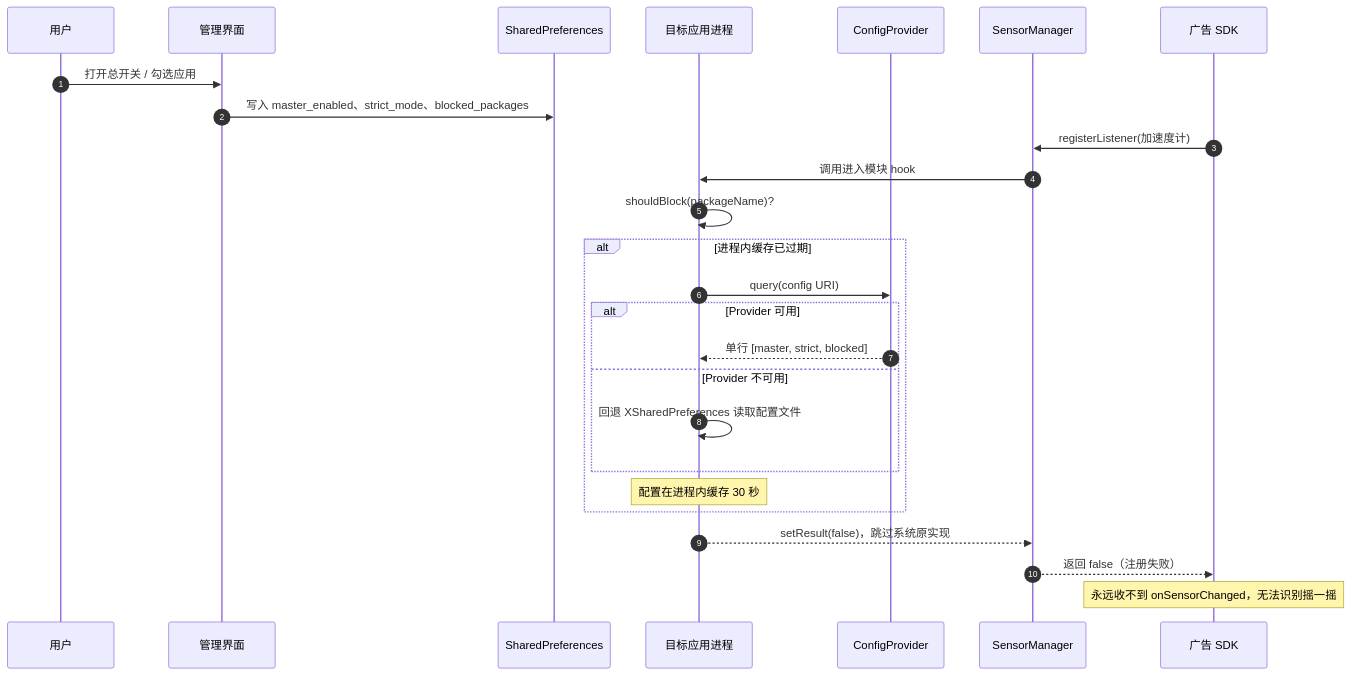
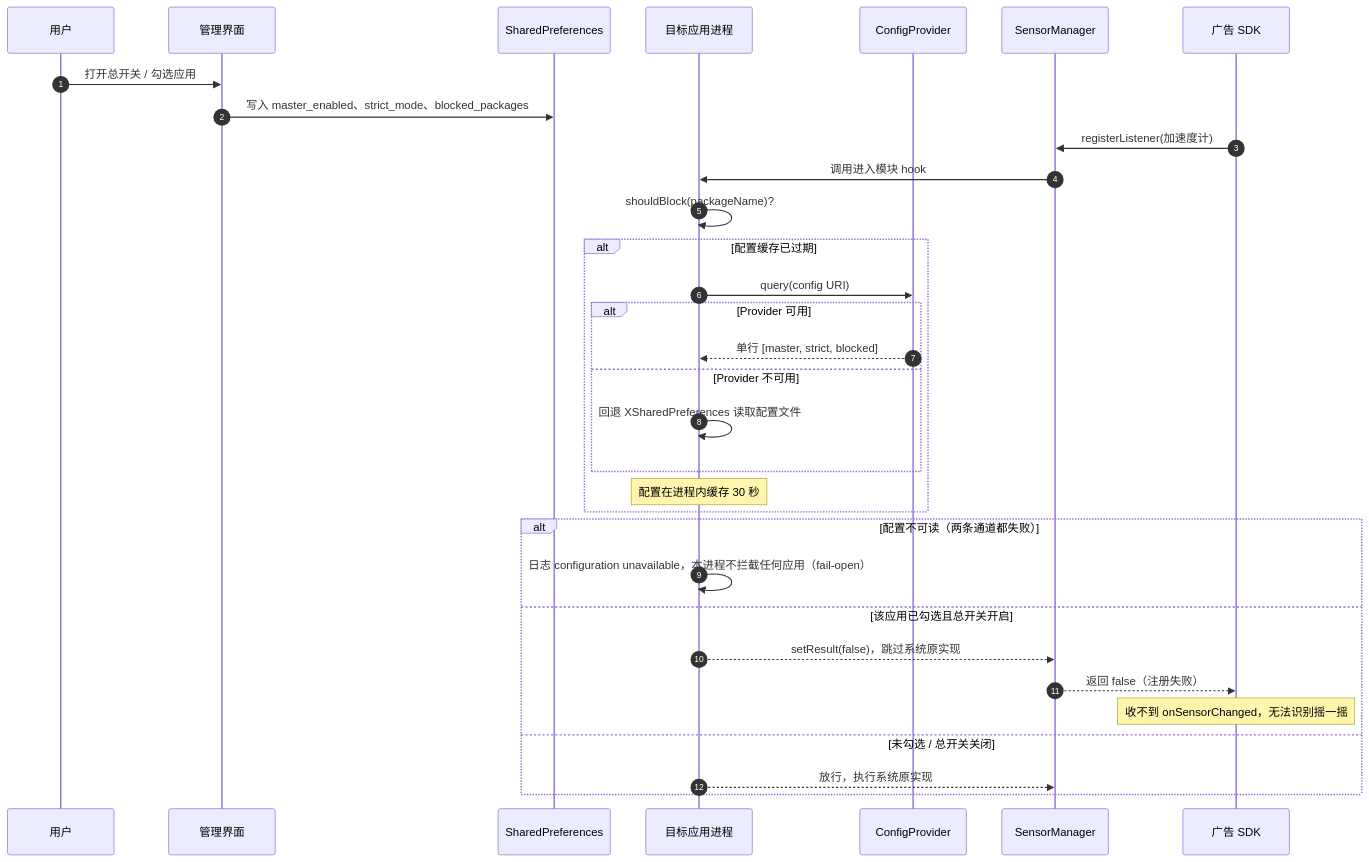
One commit to liuyunyang928/1 changed the first of 2 diagrams in README.md. Above: the diagram before and after it, drawn with Mermaid. The commit also changed other lines of this file and 10 other files, not shown here.

First line of the commit message:
fix: 独立审查修复：配置缓存/fail-open、OEM 子类 hook、直连通道与文档同步

````diff
--- a/README.md
+++ b/README.md
@@ -67,29 +67,35 @@
 ```mermaid
 sequenceDiagram
     autonumber
     participant U as 用户
     participant UI as 管理界面
     participant SP as SharedPreferences
     participant T as 目标应用进程
     participant CP as ConfigProvider
     participant SM as SensorManager
     participant SDK as 广告 SDK
 
     U->>UI: 打开总开关 / 勾选应用
     UI->>SP: 写入 master_enabled、strict_mode、blocked_packages
     SDK->>SM: registerListener(加速度计)
     SM->>T: 调用进入模块 hook
     T->>T: shouldBlock(packageName)?
-    alt 进程内缓存已过期
+    alt 配置缓存已过期
         T->>CP: query(config URI)
         alt Provider 可用
             CP-->>T: 单行 [master, strict, blocked]
         else Provider 不可用
             T->>T: 回退 XSharedPreferences 读取配置文件
         end
         Note over T: 配置在进程内缓存 30 秒
     end
-    T-->>SM: setResult(false)，跳过系统原实现
-    SM-->>SDK: 返回 false（注册失败）
-    Note over SDK: 永远收不到 onSensorChanged，无法识别摇一摇
+    alt 配置不可读（两条通道都失败）
+        T->>T: 日志 configuration unavailable，本进程不拦截任何应用（fail-open）
+    else 该应用已勾选且总开关开启
+        T-->>SM: setResult(false)，跳过系统原实现
+        SM-->>SDK: 返回 false（注册失败）
+        Note over SDK: 收不到 onSensorChanged，无法识别摇一摇
+    else 未勾选 / 总开关关闭
+        T-->>SM: 放行，执行系统原实现
+    end
 ```
````
